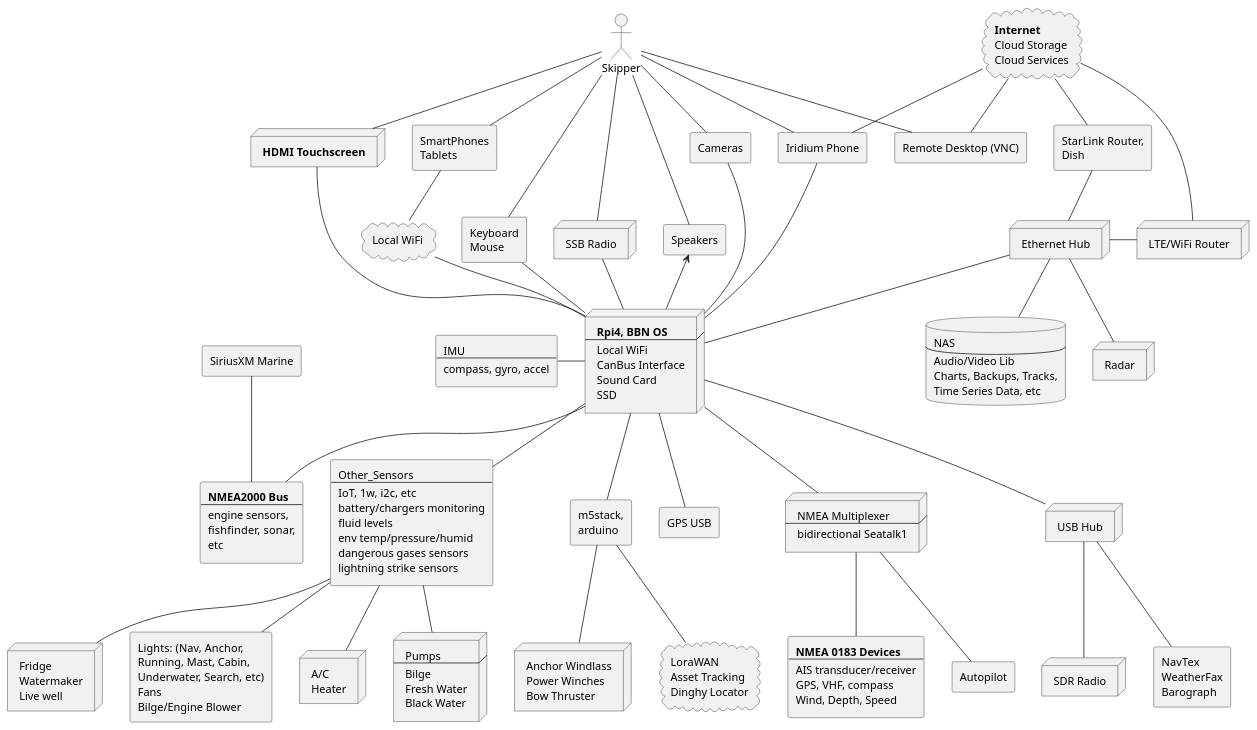
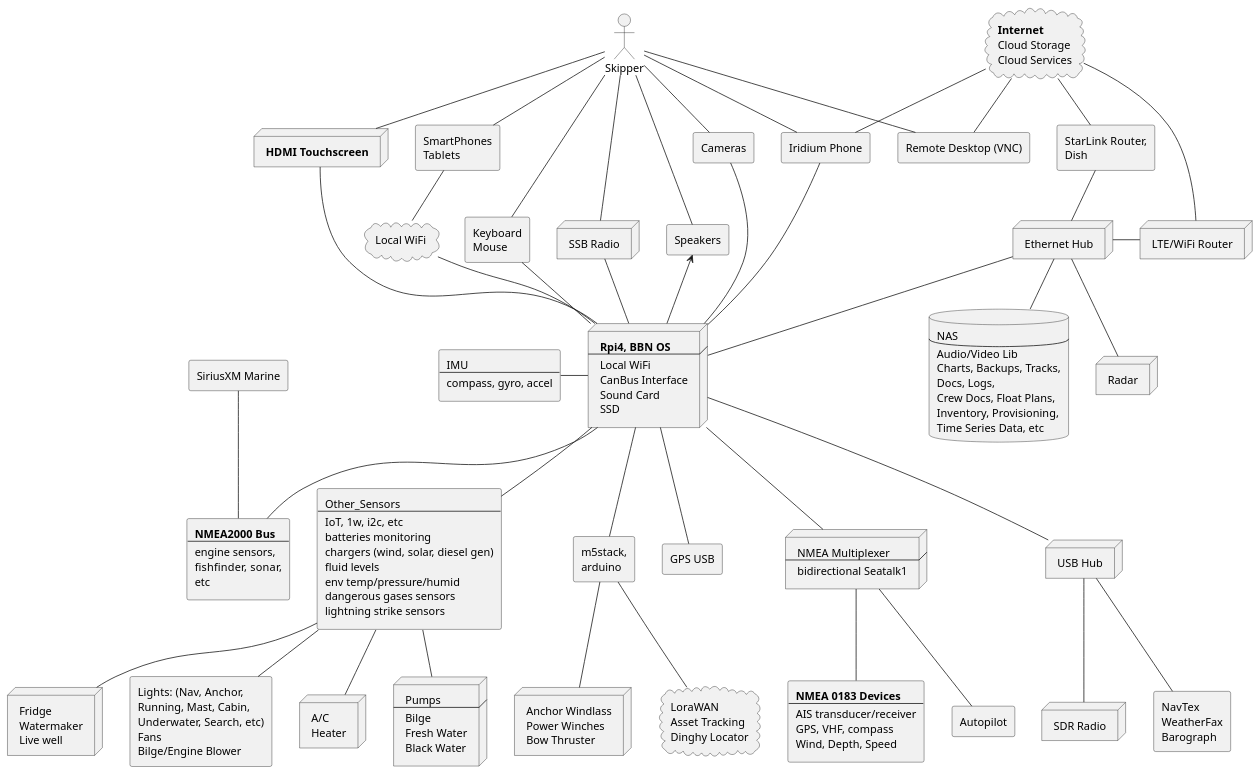
The diagram in docs/plantuml/system-arch.puml (bareboat-necessities/my-bareboat), drawn with PlantUML before and after one commit. The commit also changed 1 other file, not shown here.

Commit message:
better diagrams

```diff
--- a/docs/plantuml/system-arch.puml
+++ b/docs/plantuml/system-arch.puml
@@ -102,7 +102,8 @@
  Other_Sensors
  ----
  IoT, 1w, i2c, etc
- battery/chargers monitoring
+ batteries monitoring
+ chargers (wind, solar, diesel gen)
  fluid levels
  env temp/pressure/humid
  dangerous gases sensors
@@ -165,6 +166,9 @@
  ----
  Audio/Video Lib
  Charts, Backups, Tracks,
+ Docs, Logs,
+ Crew Docs, Float Plans,
+ Inventory, Provisioning,
  Time Series Data, etc
 ]
 
```
